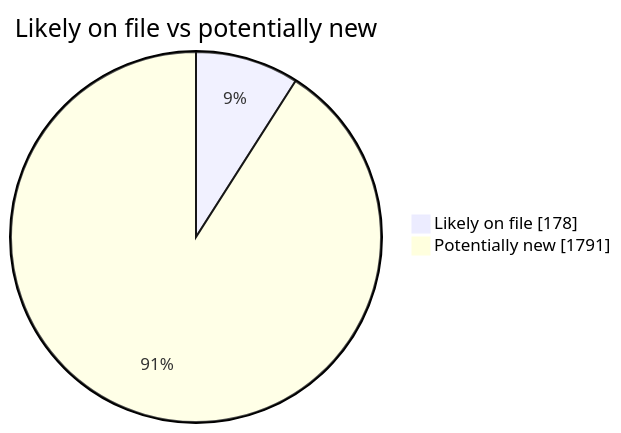
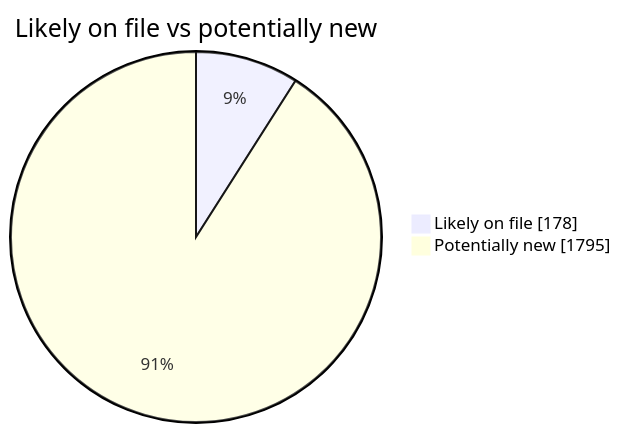
The second of 4 diagrams in README.md (martinbalfanz/social-scanner-reports), drawn with Mermaid before and after one commit. The commit also changed other lines of this file and 4 other files, not shown here.

````diff
--- a/README.md
+++ b/README.md
@@ -40,5 +40,5 @@
 ```mermaid
 pie showData title Likely on file vs potentially new
     "Likely on file" : 178
-    "Potentially new" : 1791
+    "Potentially new" : 1795
 ```
````
